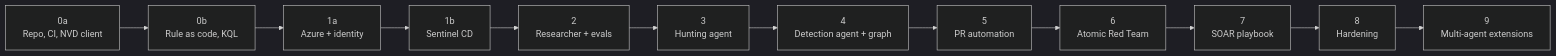
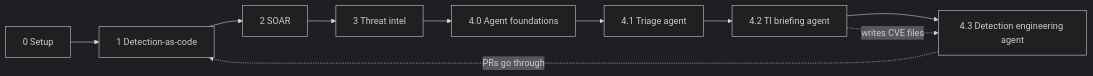
The first of 4 diagrams in README.md (ai-devops-learning/detection-as-code-sentinel), drawn with Mermaid (dark theme) before and after one commit. The commit also changed other lines of this file and 8 other files, not shown here.

````diff
--- a/README.md
+++ b/README.md
@@ -313,14 +79,10 @@
 ```mermaid
 flowchart LR
-    S0A[0a<br/>Repo, CI, NVD client] --> S0B[0b<br/>Rule as code, KQL]
-    S0B --> S1A[1a<br/>Azure + identity]
-    S1A --> S1B[1b<br/>Sentinel CD]
-    S1B --> S2[2<br/>Researcher + evals]
-    S2 --> S3[3<br/>Hunting agent]
-    S3 --> S4[4<br/>Detection agent + graph]
-    S4 --> S5[5<br/>PR automation]
-    S5 --> S6[6<br/>Atomic Red Team]
-    S6 --> S7[7<br/>SOAR playbook]
-    S7 --> S8[8<br/>Hardening]
-    S8 --> S9[9<br/>Multi-agent extensions]
+    P0[0 Setup] --> P1[1 Detection-as-code] --> P2[2 SOAR] --> P3[3 Threat intel]
+    P3 --> A0[4.0 Agent foundations]
+    A0 --> A1[4.1 Triage agent]
+    A1 --> A2[4.2 TI briefing agent]
+    A2 --> A3[4.3 Detection engineering agent]
+    A2 -. writes CVE files .-> A3
+    A3 -. PRs go through .-> P1
 ```
````
